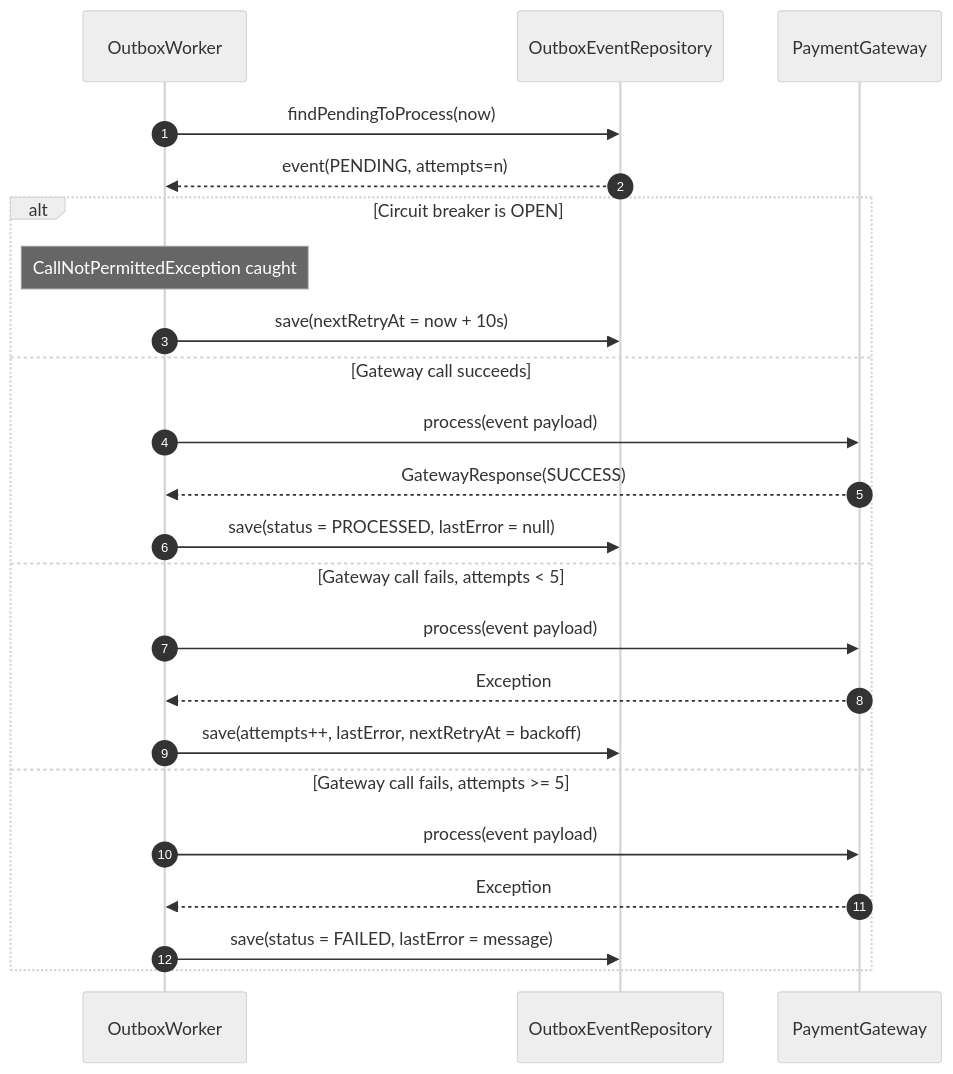
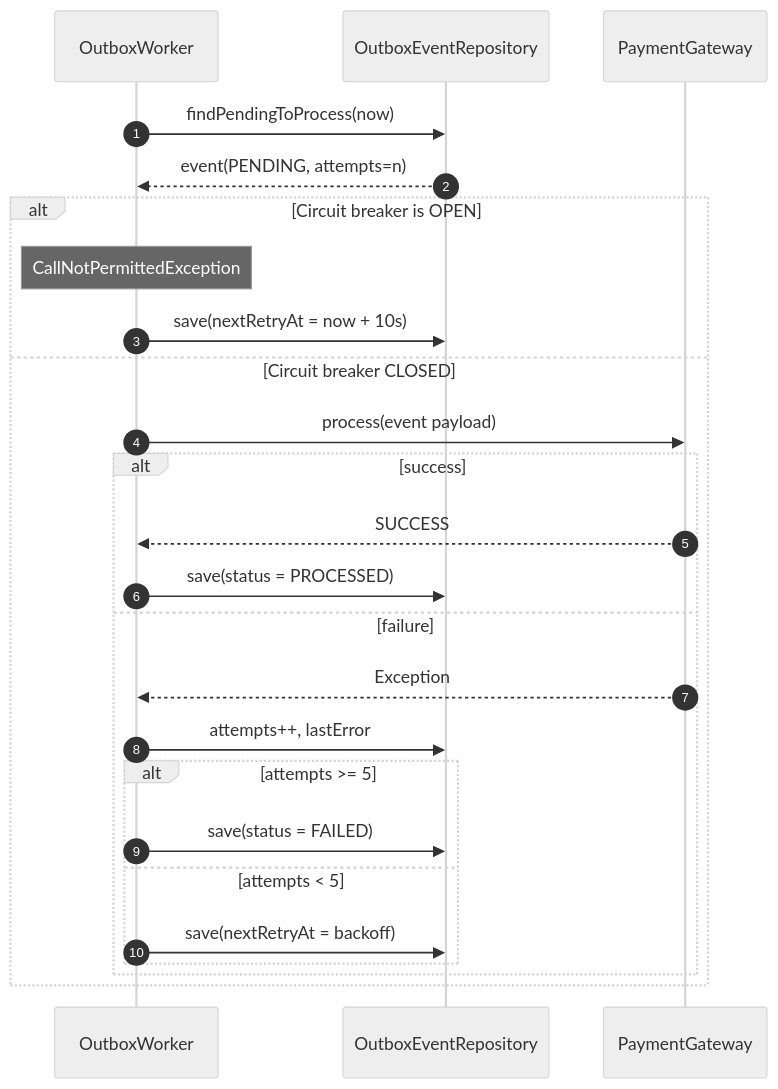
One commit to RustamLee/globalpay changed the second of 2 diagrams in README.md. Above: the diagram before and after it, drawn with Mermaid (neutral theme).

````diff
--- a/README.md
+++ b/README.md
@@ -131,27 +131,33 @@
 ```mermaid
 sequenceDiagram
     autonumber
     participant Worker as OutboxWorker
     participant OutboxRepo as OutboxEventRepository
     participant Gateway as PaymentGateway
 
     Worker->>OutboxRepo: findPendingToProcess(now)
     OutboxRepo-->>Worker: event(PENDING, attempts=n)
 
     alt Circuit breaker is OPEN
-        Note over Worker: CallNotPermittedException caught
+        Note over Worker: CallNotPermittedException
         Worker->>OutboxRepo: save(nextRetryAt = now + 10s)
-    else Gateway call succeeds
+
+    else Circuit breaker CLOSED
         Worker->>Gateway: process(event payload)
-        Gateway-->>Worker: GatewayResponse(SUCCESS)
-        Worker->>OutboxRepo: save(status = PROCESSED, lastError = null)
-    else Gateway call fails, attempts < 5
-        Worker->>Gateway: process(event payload)
-        Gateway-->>Worker: Exception
-        Worker->>OutboxRepo: save(attempts++, lastError, nextRetryAt = backoff)
-    else Gateway call fails, attempts >= 5
-        Worker->>Gateway: process(event payload)
-        Gateway-->>Worker: Exception
-        Worker->>OutboxRepo: save(status = FAILED, lastError = message)
+
+        alt success
+            Gateway-->>Worker: SUCCESS
+            Worker->>OutboxRepo: save(status = PROCESSED)
+
+        else failure
+            Gateway-->>Worker: Exception
+            Worker->>OutboxRepo: attempts++, lastError
+
+            alt attempts >= 5
+                Worker->>OutboxRepo: save(status = FAILED)
+            else attempts < 5
+                Worker->>OutboxRepo: save(nextRetryAt = backoff)
+            end
+        end
     end
 ```
````
